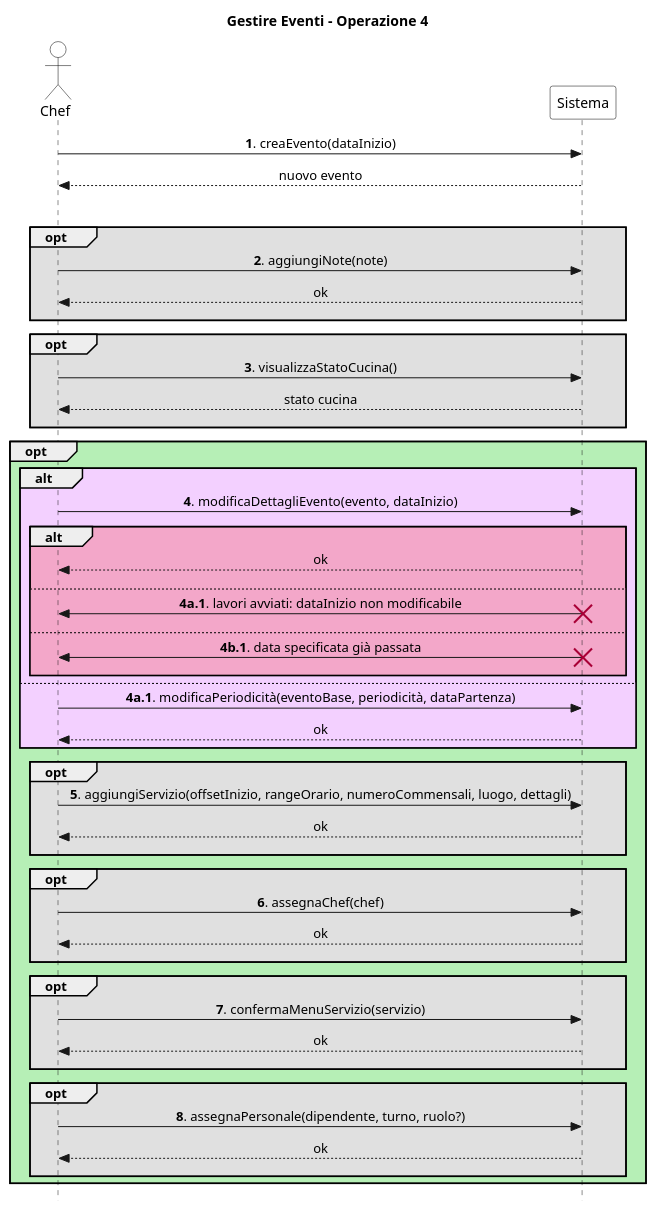
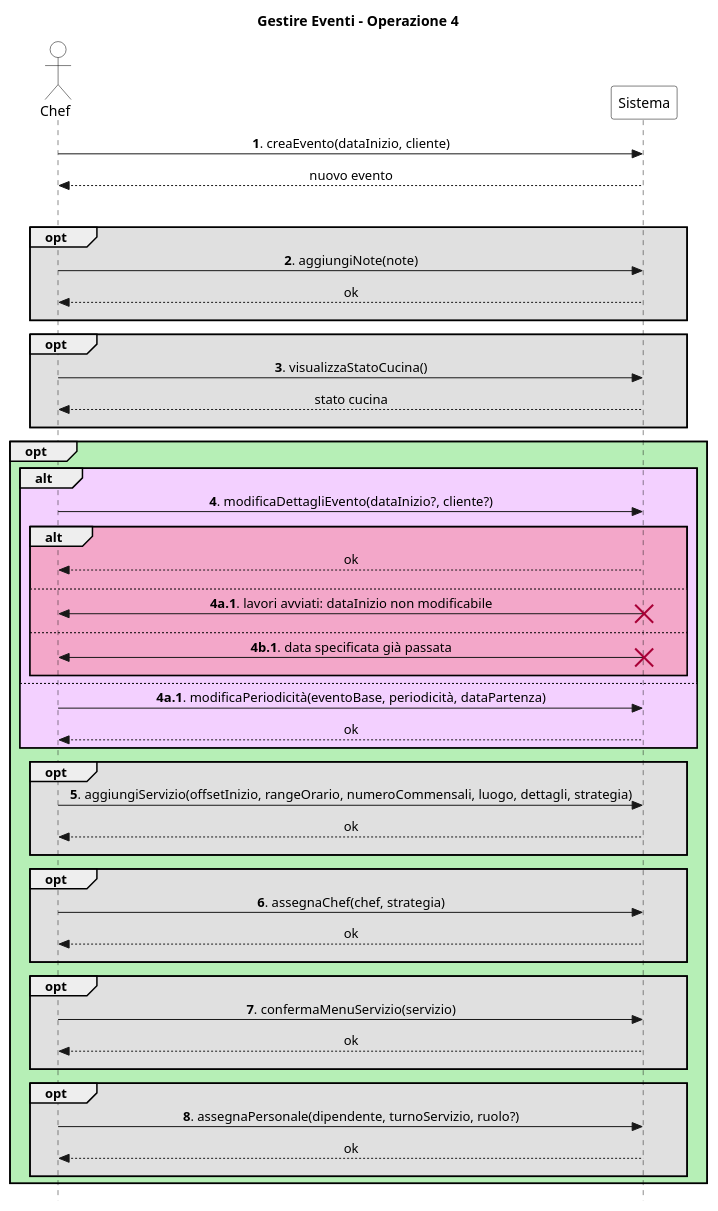
The diagram in UP/Requisiti/UC Gestire Eventi/SSD/Estensioni-Eccezioni Op4.puml (stefa168/sas-project), drawn with PlantUML before and after one commit. The commit also changed 5 other files, not shown here.

```diff
--- a/UP/Requisiti/UC Gestire Eventi/SSD/Estensioni-Eccezioni Op4.puml
+++ b/UP/Requisiti/UC Gestire Eventi/SSD/Estensioni-Eccezioni Op4.puml
@@ -1,77 +1,77 @@
 @startuml
 skinparam Style strictuml
 skinparam SequenceMessageAlign center
 
 skinparam sequence {
     ActorBorderColor Black
     ActorBackgroundColor White
     ParticipantBorderColor Black
     ParticipantBackgroundColor White
 }
 
 actor Chef
 participant Sistema
 
 title Gestire Eventi - Operazione 4
 
-Chef -> Sistema: **1**. creaEvento(dataInizio)
+Chef -> Sistema: **1**. creaEvento(dataInizio, cliente)
 return nuovo evento
 
 loop #e0e0e0
     opt #e0e0e0
         Chef -> Sistema: **2**. aggiungiNote(note)
         return ok
         ||10||
     end
 
     opt #e0e0e0
         Chef -> Sistema: **3**. visualizzaStatoCucina()
         return stato cucina
         ||10||
     end
 
     opt #b6efb6
         alt #f3d0ff
-            Chef -> Sistema: **4**. modificaDettagliEvento(evento, dataInizio)
+            Chef -> Sistema: **4**. modificaDettagliEvento(dataInizio?, cliente?)
             alt #f3a7c9
                 return ok
                 ||10||
             else
                 Chef <- Sistema: **4a.1**. lavori avviati: dataInizio non modificabile
                 destroy Sistema
                 ||10||
              else
                 Chef <- Sistema: **4b.1**. data specificata già passata
                 destroy Sistema
                 ||10||
             end
         else
             Chef -> Sistema: **4a.1**. modificaPeriodicità(eventoBase, periodicità, dataPartenza)
             return ok
     end
 
     opt #e0e0e0
-        Chef -> Sistema: **5**. aggiungiServizio(offsetInizio, rangeOrario, numeroCommensali, luogo, dettagli)
+        Chef -> Sistema: **5**. aggiungiServizio(offsetInizio, rangeOrario, numeroCommensali, luogo, dettagli, strategia)
         return ok
         ||10||
     end
 
     opt #e0e0e0
-        Chef -> Sistema: **6**. assegnaChef(chef)
+        Chef -> Sistema: **6**. assegnaChef(chef, strategia)
         return ok
         ||10||
     end
 
     opt #e0e0e0
         Chef -> Sistema: **7**. confermaMenuServizio(servizio)
         return ok
         ||10||
     end
 
     opt #e0e0e0
-        Chef -> Sistema: **8**. assegnaPersonale(dipendente, turno, ruolo?)
+        Chef -> Sistema: **8**. assegnaPersonale(dipendente, turnoServizio, ruolo?)
         return ok
         ||10||
     end
 end
 @enduml
```
